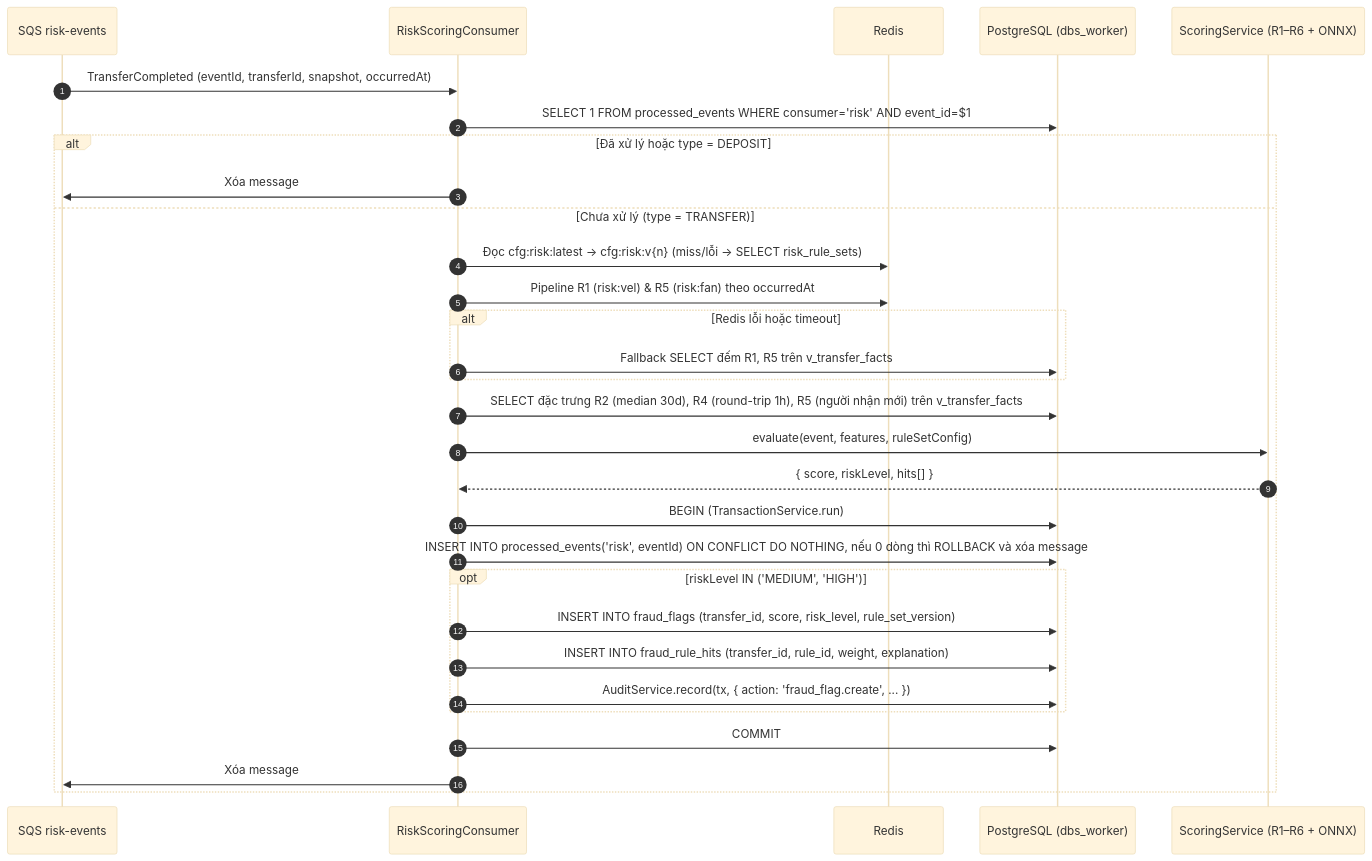
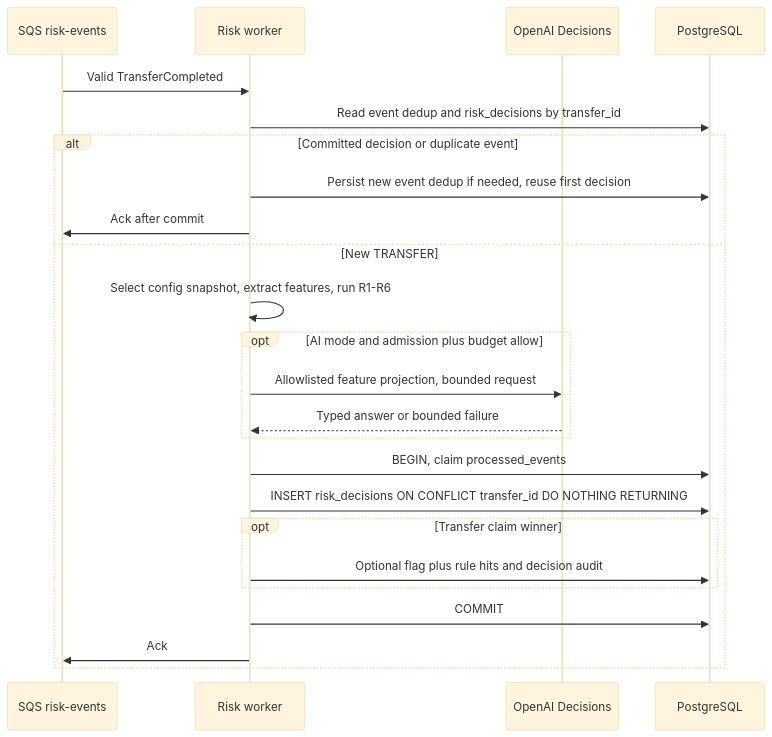
Before and after one commit to Lawliet119/digital-banking-simulator: the diagram in docs/components/risk/02-architecture.md, drawn with Mermaid (base theme). The commit also changed other lines of this file and 18 other files, not shown here.

Commit message:
docs(risk): đề xuất fraud rules kết hợp API AI

````diff
--- a/docs/components/risk/02-architecture.md
+++ b/docs/components/risk/02-architecture.md
@@ -94,33 +87,26 @@
 ```mermaid
 sequenceDiagram
-    autonumber
     participant Q as SQS risk-events
-    participant W as RiskScoringConsumer
-    participant R as Redis
-    participant DB as PostgreSQL (dbs_worker)
-    participant S as ScoringService (R1–R6 + ONNX)
-
-    Q->>W: TransferCompleted (eventId, transferId, snapshot, occurredAt)
-    W->>DB: SELECT 1 FROM processed_events WHERE consumer='risk' AND event_id=$1
-    alt Đã xử lý hoặc type = DEPOSIT
-        W->>Q: Xóa message
-    else Chưa xử lý (type = TRANSFER)
-        W->>R: Đọc cfg:risk:latest -> cfg:risk:v{n} (miss/lỗi -> SELECT risk_rule_sets)
-        W->>R: Pipeline R1 (risk:vel) & R5 (risk:fan) theo occurredAt
-        alt Redis lỗi hoặc timeout
-            W->>DB: Fallback SELECT đếm R1, R5 trên v_transfer_facts
+    participant W as Risk worker
+    participant P as OpenAI Decisions
+    participant DB as PostgreSQL
+    Q->>W: Valid TransferCompleted
+    W->>DB: Read event dedup and risk_decisions by transfer_id
+    alt Committed decision or duplicate event
+        W->>DB: Persist new event dedup if needed, reuse first decision
+        W->>Q: Ack after commit
+    else New TRANSFER
+        W->>W: Select config snapshot, extract features, run R1-R6
+        opt AI mode and admission plus budget allow
+            W->>P: Allowlisted feature projection, bounded request
+            P-->>W: Typed answer or bounded failure
         end
-        W->>DB: SELECT đặc trưng R2 (median 30d), R4 (round-trip 1h), R5 (người nhận mới) trên v_transfer_facts
-        W->>S: evaluate(event, features, ruleSetConfig)
-        S-->>W: { score, riskLevel, hits[] }
-        W->>DB: BEGIN (TransactionService.run)
-        W->>DB: INSERT INTO processed_events('risk', eventId) ON CONFLICT DO NOTHING, nếu 0 dòng thì ROLLBACK và xóa message
-        opt riskLevel IN ('MEDIUM', 'HIGH')
-            W->>DB: INSERT INTO fraud_flags (transfer_id, score, risk_level, rule_set_version)
-            W->>DB: INSERT INTO fraud_rule_hits (transfer_id, rule_id, weight, explanation)
-            W->>DB: AuditService.record(tx, { action: 'fraud_flag.create', ... })
+        W->>DB: BEGIN, claim processed_events
+        W->>DB: INSERT risk_decisions ON CONFLICT transfer_id DO NOTHING RETURNING
+        opt Transfer claim winner
+            W->>DB: Optional flag plus rule hits and decision audit
         end
         W->>DB: COMMIT
-        W->>Q: Xóa message
+        W->>Q: Ack
     end
 ```
````
